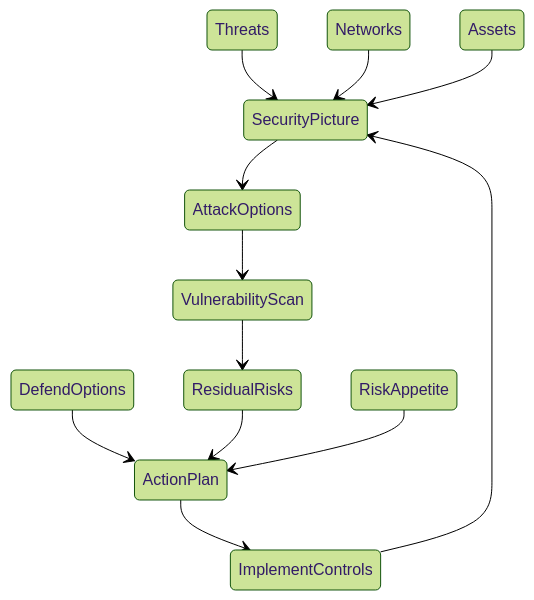
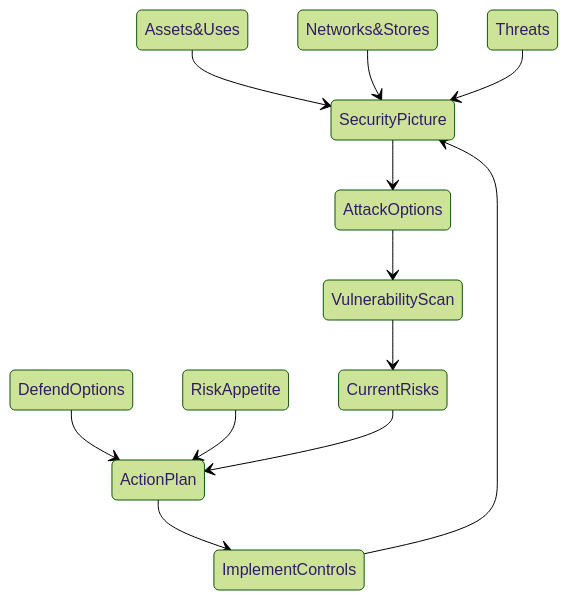
Before and after one commit to SecureByDesign-Playbook/SecureByDesign-Playbook: the diagram in Playbook.md, drawn with Mermaid (forest theme). The commit also changed other lines of this file and 23 other files, not shown here.

````diff
--- a/Playbook.md
+++ b/Playbook.md
@@ -20,17 +20,17 @@
 ```mermaid
 stateDiagram
+   Assets&Uses --> SecurityPicture
+   Networks&Stores --> SecurityPicture
    Threats --> SecurityPicture
-   Networks --> SecurityPicture
-   Assets --> SecurityPicture
 
    SecurityPicture --> AttackOptions
    AttackOptions --> VulnerabilityScan
+   VulnerabilityScan --> CurrentRisks
    DefendOptions --> ActionPlan
-   VulnerabilityScan --> ResidualRisks
-   ResidualRisks --> ActionPlan
    RiskAppetite --> ActionPlan
+   CurrentRisks --> ActionPlan
    ActionPlan --> ImplementControls
    ImplementControls --> SecurityPicture
 
 
 ```
````
